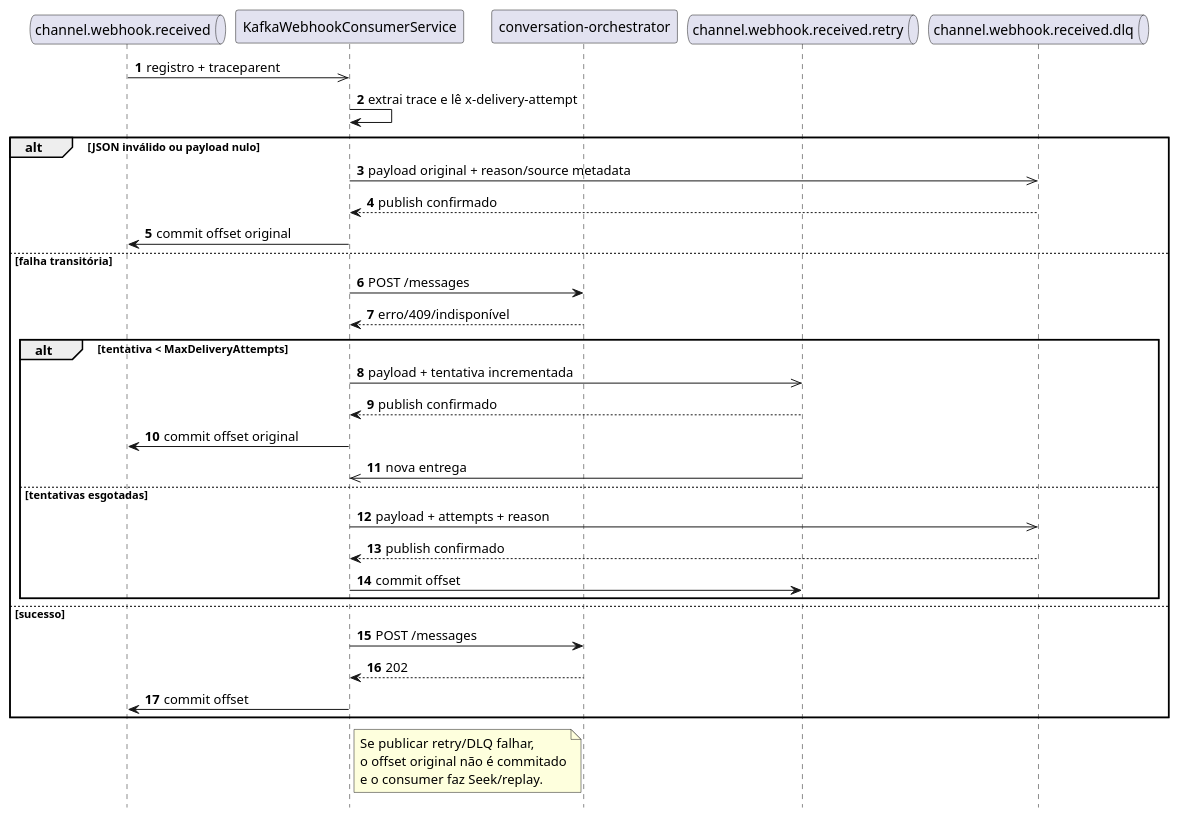
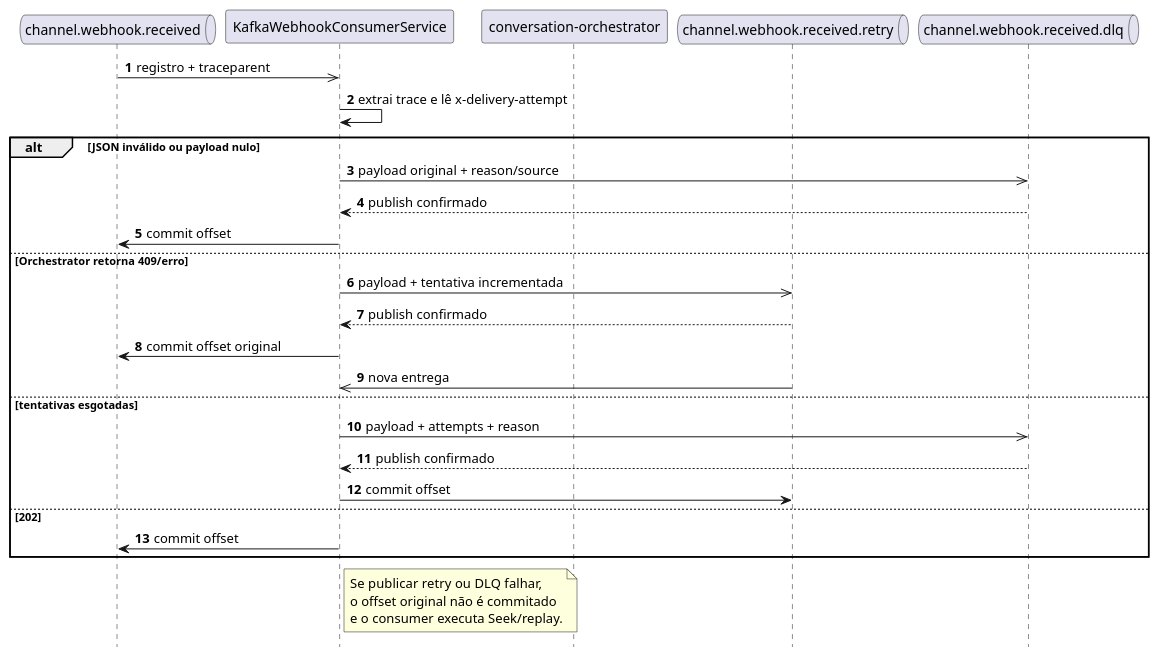
Before and after one commit to leandrosflora/conversational-ai-demo-arch: the fourth of 4 diagrams in docs/architecture/sequence-diagrams.md, drawn with PlantUML. The commit also changed other lines of this file, not shown here.

````diff
--- a/docs/architecture/sequence-diagrams.md
+++ b/docs/architecture/sequence-diagrams.md
@@ -98,44 +168,38 @@
 ```plantuml
 @startuml
 hide footbox
 autonumber
 
 queue "channel.webhook.received" as Input
 participant "KafkaWebhookConsumerService" as Consumer
 participant "conversation-orchestrator" as Orch
 queue "channel.webhook.received.retry" as Retry
 queue "channel.webhook.received.dlq" as DLQ
 
 Input ->> Consumer: registro + traceparent
 Consumer -> Consumer: extrai trace e lê x-delivery-attempt
 
 alt JSON inválido ou payload nulo
-  Consumer ->> DLQ: payload original + reason/source metadata
+  Consumer ->> DLQ: payload original + reason/source
   DLQ --> Consumer: publish confirmado
+  Consumer -> Input: commit offset
+else Orchestrator retorna 409/erro
+  Consumer ->> Retry: payload + tentativa incrementada
+  Retry --> Consumer: publish confirmado
   Consumer -> Input: commit offset original
-else falha transitória
-  Consumer -> Orch: POST /messages
-  Orch --> Consumer: erro/409/indisponível
-  alt tentativa < MaxDeliveryAttempts
-    Consumer ->> Retry: payload + tentativa incrementada
-    Retry --> Consumer: publish confirmado
-    Consumer -> Input: commit offset original
-    Retry ->> Consumer: nova entrega
-  else tentativas esgotadas
-    Consumer ->> DLQ: payload + attempts + reason
-    DLQ --> Consumer: publish confirmado
-    Consumer -> Retry: commit offset
-  end
-else sucesso
-  Consumer -> Orch: POST /messages
-  Orch --> Consumer: 202
+  Retry ->> Consumer: nova entrega
+else tentativas esgotadas
+  Consumer ->> DLQ: payload + attempts + reason
+  DLQ --> Consumer: publish confirmado
+  Consumer -> Retry: commit offset
+else 202
   Consumer -> Input: commit offset
 end
 
 note right of Consumer
-Se publicar retry/DLQ falhar,
+Se publicar retry ou DLQ falhar,
 o offset original não é commitado
-e o consumer faz Seek/replay.
+e o consumer executa Seek/replay.
 end note
 @enduml
 ```
````
